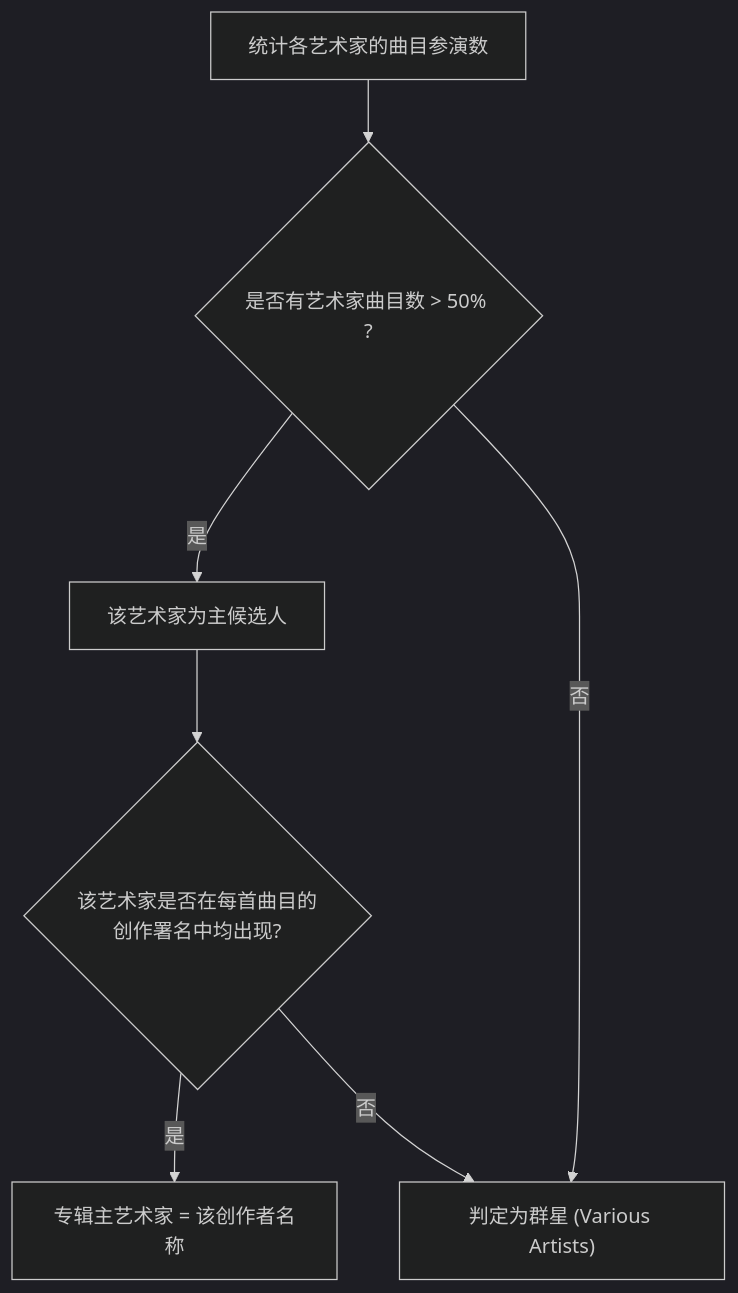
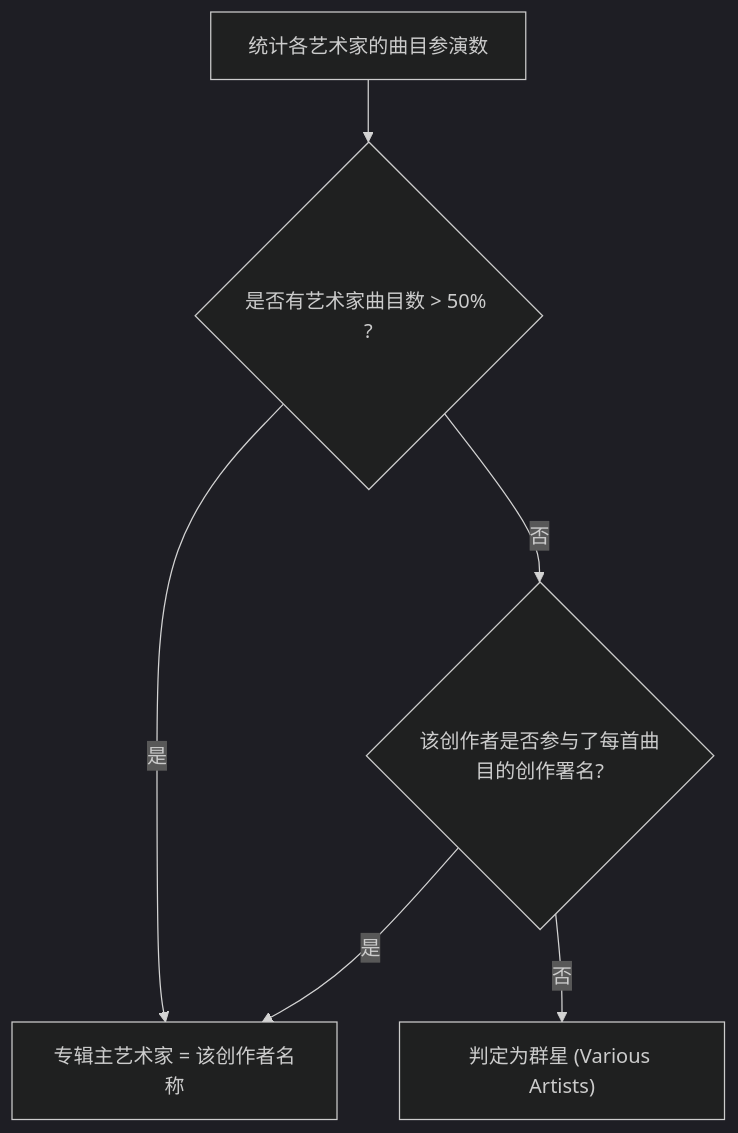
The diagram in docs/design/album-grouping-rules.md (NNCVA/MusicApp4), drawn with Mermaid (dark theme) before and after one commit. The commit also changed other lines of this file and 19 other files, not shown here.

````diff
--- a/docs/design/album-grouping-rules.md
+++ b/docs/design/album-grouping-rules.md
@@ -53,9 +53,8 @@
 ```mermaid
 graph TD
     A["统计各艺术家的曲目参演数"] --> B{"是否有艺术家曲目数 > 50% ?"}
-    B -- 是 --> C["该艺术家为主候选人"]
-    B -- 否 --> D["判定为群星 (Various Artists)"]
-    C --> E{"该艺术家是否在每首曲目的创作署名中均出现?"}
-    E -- 是 --> F["专辑主艺术家 = 该创作者名称"]
-    E -- 否 --> D
+    B -- 是 --> F["专辑主艺术家 = 该创作者名称"]
+    B -- 否 --> E{"该创作者是否参与了每首曲目的创作署名?"}
+    E -- 是 --> F
+    E -- 否 --> D["判定为群星 (Various Artists)"]
 ```
````
